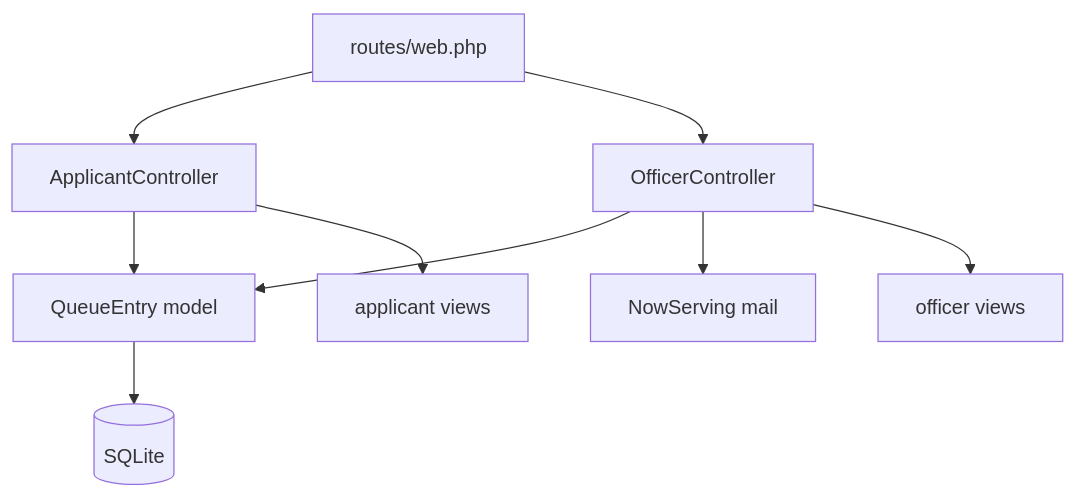
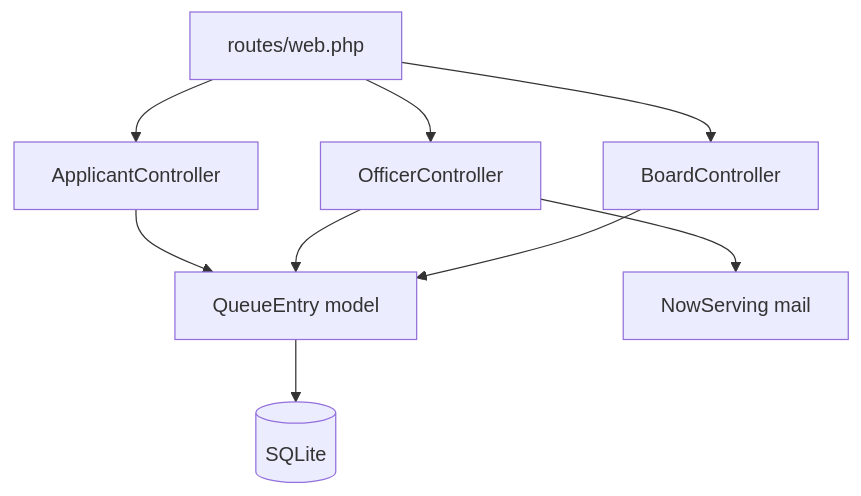
Before and after one commit to kinuthia-mark/Equeue-project: the fifth of 5 diagrams in README.md, drawn with Mermaid. The commit also changed other lines of this file and 31 other files, not shown here.

````diff
--- a/README.md
+++ b/README.md
@@ -97,11 +282,11 @@
 ```mermaid
 flowchart TD
     R[routes/web.php] --> AC[ApplicantController]
     R --> OC[OfficerController]
+    R --> BC[BoardController]
     AC --> M[QueueEntry model]
     OC --> M
+    BC --> M
     OC --> MAIL[NowServing mail]
-    AC --> V1[applicant views]
-    OC --> V2[officer views]
     M --> DB[(SQLite)]
 ```
````
